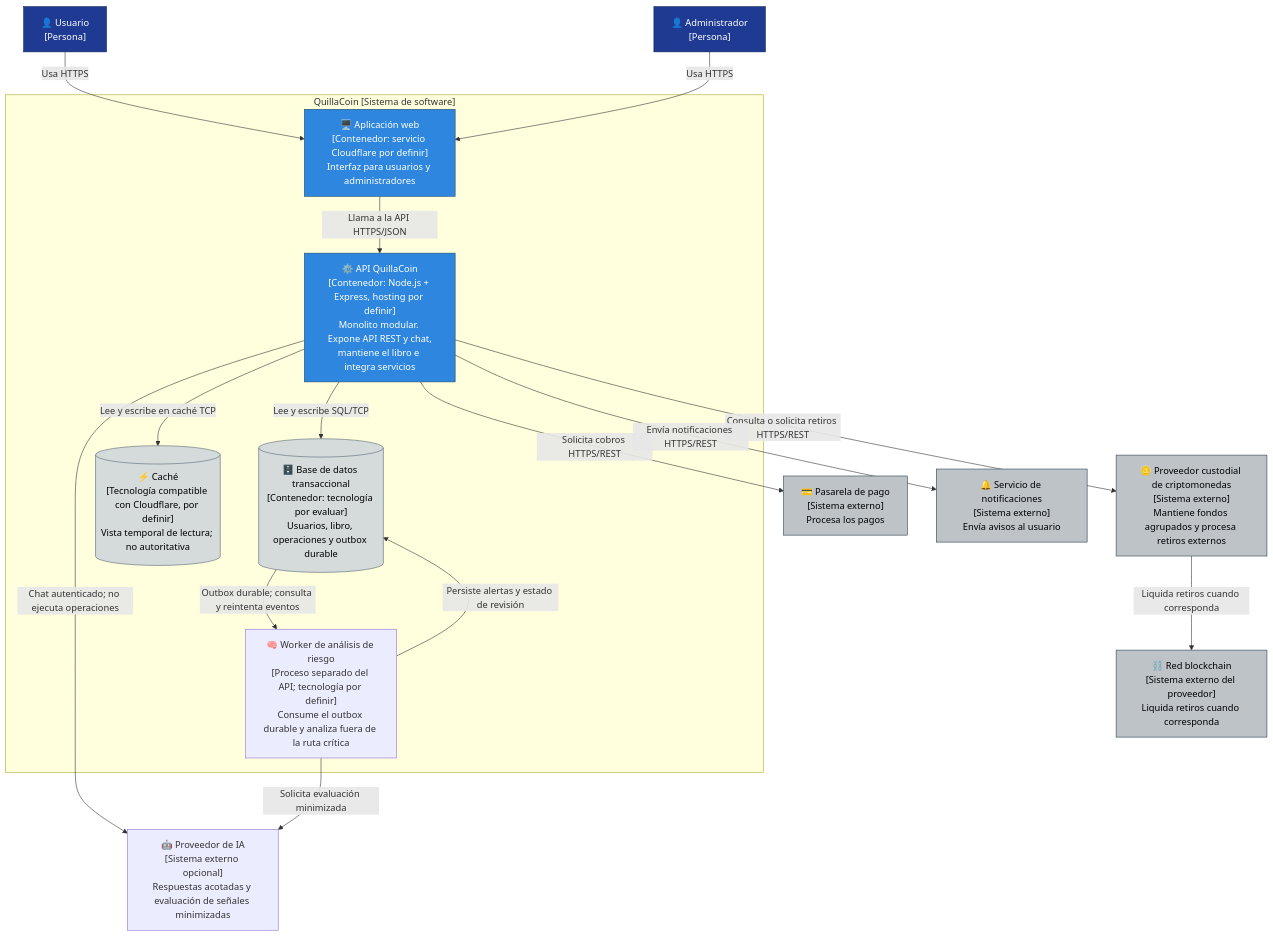
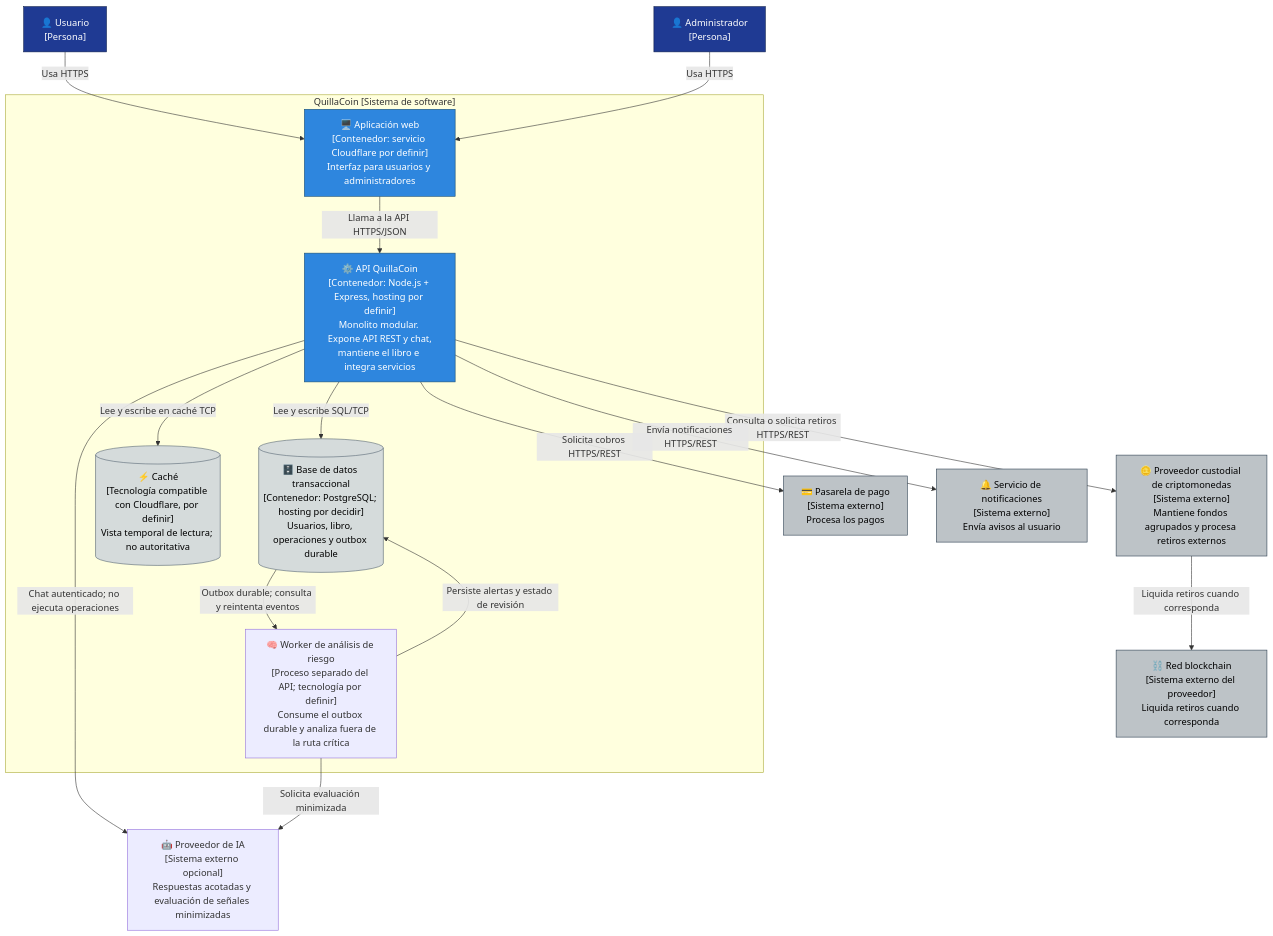
Before and after one commit to B3L70N/Flexcoin-arquitSoft-02-Jordy-Huaman: the diagram in docs/04-modelo-c4/Nivel2-DiagramadeContenedores.md, drawn with Mermaid. The commit also changed other lines of this file and 9 other files, not shown here.

````diff
--- a/docs/04-modelo-c4/Nivel2-DiagramadeContenedores.md
+++ b/docs/04-modelo-c4/Nivel2-DiagramadeContenedores.md
@@ -24,47 +24,47 @@
 ```mermaid
 flowchart TB
     Usuario["👤 Usuario<br/>[Persona]"]
     Admin["👤 Administrador<br/>[Persona]"]
 
     subgraph QuillaCoin ["QuillaCoin [Sistema de software]"]
         WebApp["🖥️ Aplicación web<br/>[Contenedor: servicio Cloudflare por definir]<br/>Interfaz para usuarios y administradores"]
         API["⚙️ API QuillaCoin<br/>[Contenedor: Node.js + Express, hosting por definir]<br/>Monolito modular. Expone API REST y chat,<br/>mantiene el libro e integra servicios"]
-        DB[("🗄️ Base de datos transaccional<br/>[Contenedor: tecnología por evaluar]<br/>Usuarios, libro, operaciones y outbox durable")]
+        DB[("🗄️ Base de datos transaccional<br/>[Contenedor: PostgreSQL; hosting por decidir]<br/>Usuarios, libro, operaciones y outbox durable")]
         Cache[("⚡ Caché<br/>[Tecnología compatible con Cloudflare, por definir]<br/>Vista temporal de lectura; no autoritativa")]
         Worker["🧠 Worker de análisis de riesgo<br/>[Proceso separado del API; tecnología por definir]<br/>Consume el outbox durable y analiza fuera de la ruta crítica"]
     end
 
     Pasarela["💳 Pasarela de pago<br/>[Sistema externo]<br/>Procesa los pagos"]
     Proveedor["🪙 Proveedor custodial de criptomonedas<br/>[Sistema externo]<br/>Mantiene fondos agrupados y procesa retiros externos"]
     Blockchain["⛓️ Red blockchain<br/>[Sistema externo del proveedor]<br/>Liquida retiros cuando corresponda"]
     Notif["🔔 Servicio de notificaciones<br/>[Sistema externo]<br/>Envía avisos al usuario"]
     IA["🤖 Proveedor de IA<br/>[Sistema externo opcional]<br/>Respuestas acotadas y evaluación de señales minimizadas"]
 
     Usuario -->|Usa HTTPS| WebApp
     Admin -->|Usa HTTPS| WebApp
 
     WebApp -->|Llama a la API HTTPS/JSON| API
 
     API -->|Lee y escribe SQL/TCP| DB
     API -->|Lee y escribe en caché TCP| Cache
 
     API -->|Solicita cobros HTTPS/REST| Pasarela
     API -->|Consulta o solicita retiros HTTPS/REST| Proveedor
     Proveedor -->|Liquida retiros cuando corresponda| Blockchain
     API -->|Envía notificaciones HTTPS/REST| Notif
     API -->|Chat autenticado; no ejecuta operaciones| IA
     DB -->|Outbox durable; consulta y reintenta eventos| Worker
     Worker -->|Solicita evaluación minimizada| IA
     Worker -->|Persiste alertas y estado de revisión| DB
 
     style Usuario fill:#1f3a93,stroke:#0d1e4c,color:#ffffff
     style Admin fill:#1f3a93,stroke:#0d1e4c,color:#ffffff
     style WebApp fill:#2e86de,stroke:#1b4f72,color:#ffffff
     style API fill:#2e86de,stroke:#1b4f72,color:#ffffff
     style DB fill:#d5dbdb,stroke:#566573,color:#000000
     style Cache fill:#d5dbdb,stroke:#566573,color:#000000
     style Pasarela fill:#bdc3c7,stroke:#2c3e50,color:#000000
     style Proveedor fill:#bdc3c7,stroke:#2c3e50,color:#000000
     style Blockchain fill:#bdc3c7,stroke:#2c3e50,color:#000000
     style Notif fill:#bdc3c7,stroke:#2c3e50,color:#000000
 ```
````
